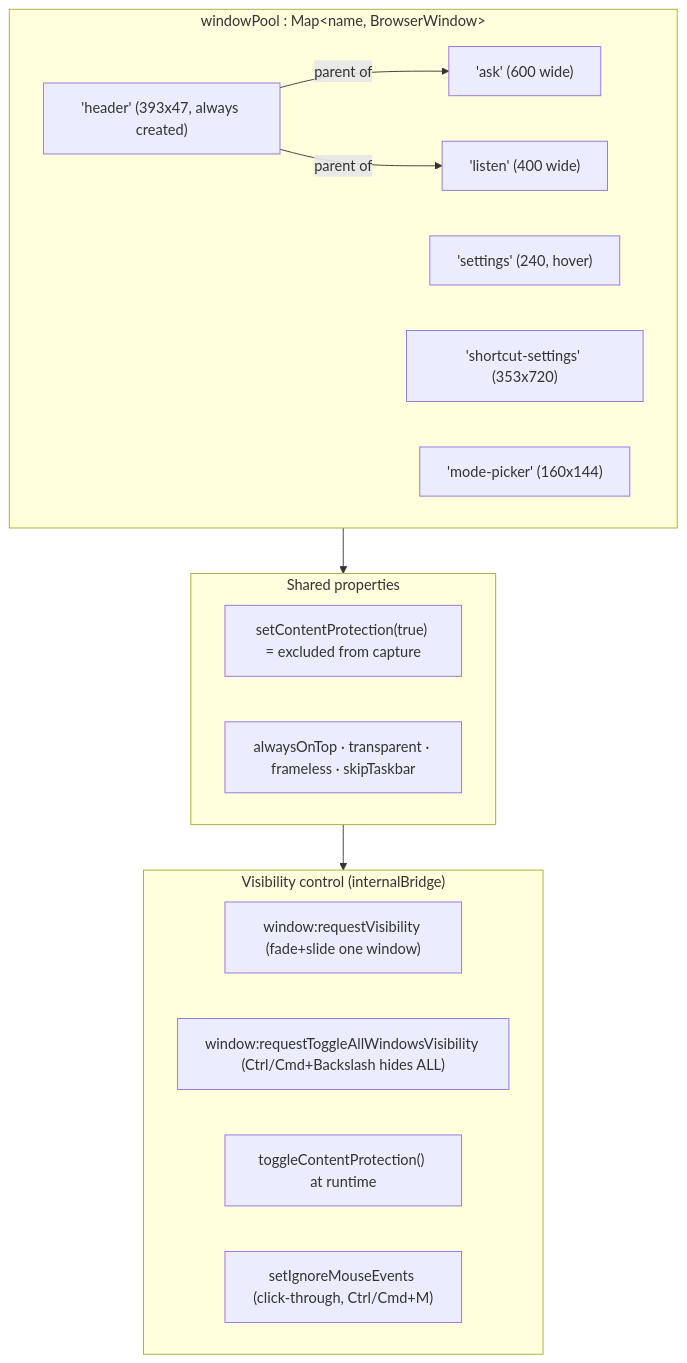
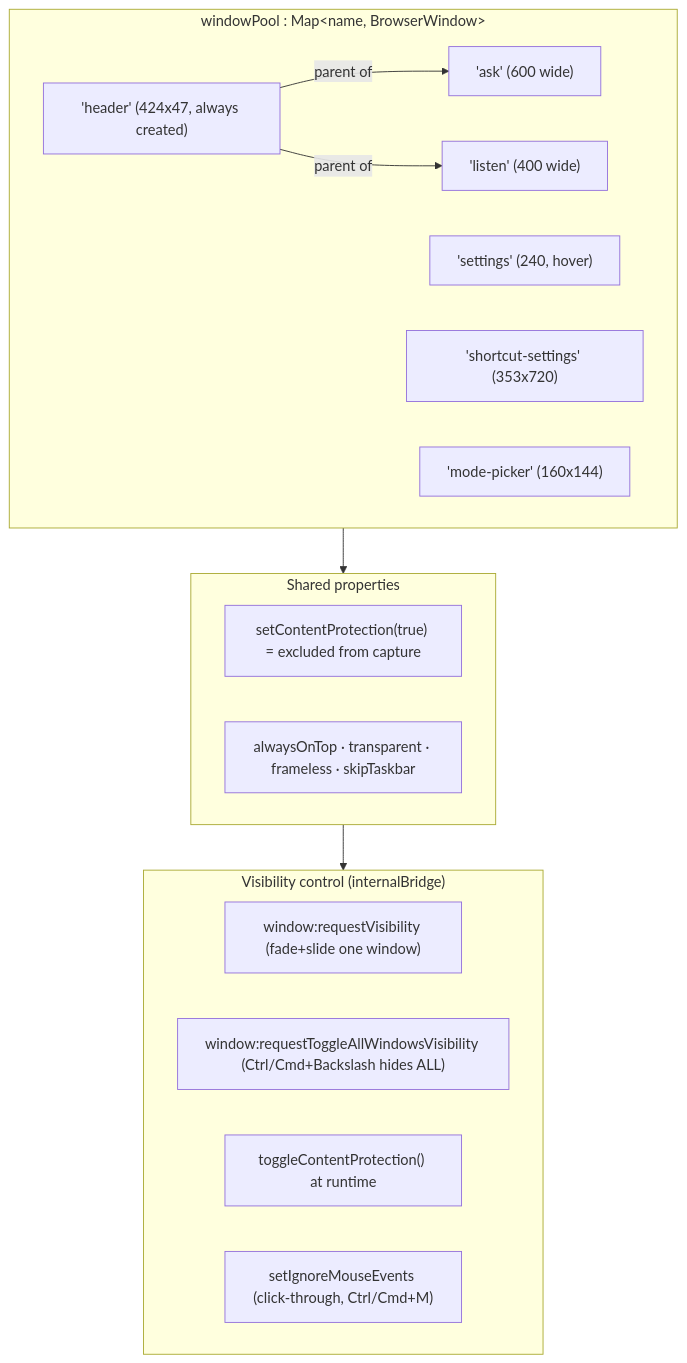
Before and after one commit to tas88-sys/glass: the second of 17 diagrams in ARCHITECTURE.md, drawn with Mermaid. The commit also changed 12 other files, not shown here.

````diff
--- a/ARCHITECTURE.md
+++ b/ARCHITECTURE.md
@@ -202,25 +202,25 @@
 ```mermaid
 flowchart TB
     subgraph pool["windowPool : Map&lt;name, BrowserWindow&gt;"]
-        header["'header' (393x47, always created)"]
+        header["'header' (424x47, always created)"]
         ask["'ask' (600 wide)"]
         listen["'listen' (400 wide)"]
         settings["'settings' (240, hover)"]
         shortcut["'shortcut-settings' (353x720)"]
         modepicker["'mode-picker' (160x144)"]
     end
     header -->|parent of| ask
     header -->|parent of| listen
     subgraph props["Shared properties"]
         p7["setContentProtection(true) = excluded from capture"]
         p3["alwaysOnTop · transparent · frameless · skipTaskbar"]
     end
     pool --> props
     subgraph control["Visibility control (internalBridge)"]
         c1["window:requestVisibility (fade+slide one window)"]
         c2["window:requestToggleAllWindowsVisibility (Ctrl/Cmd+Backslash hides ALL)"]
         c3["toggleContentProtection() at runtime"]
         c4["setIgnoreMouseEvents (click-through, Ctrl/Cmd+M)"]
     end
     props --> control
 ```
````
